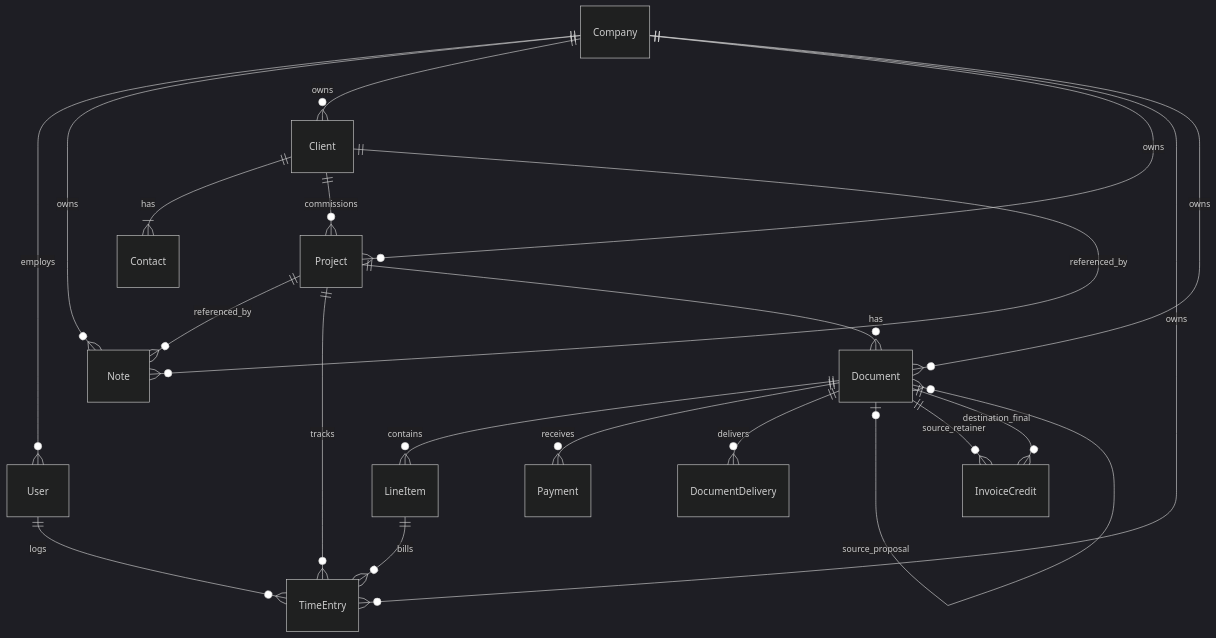
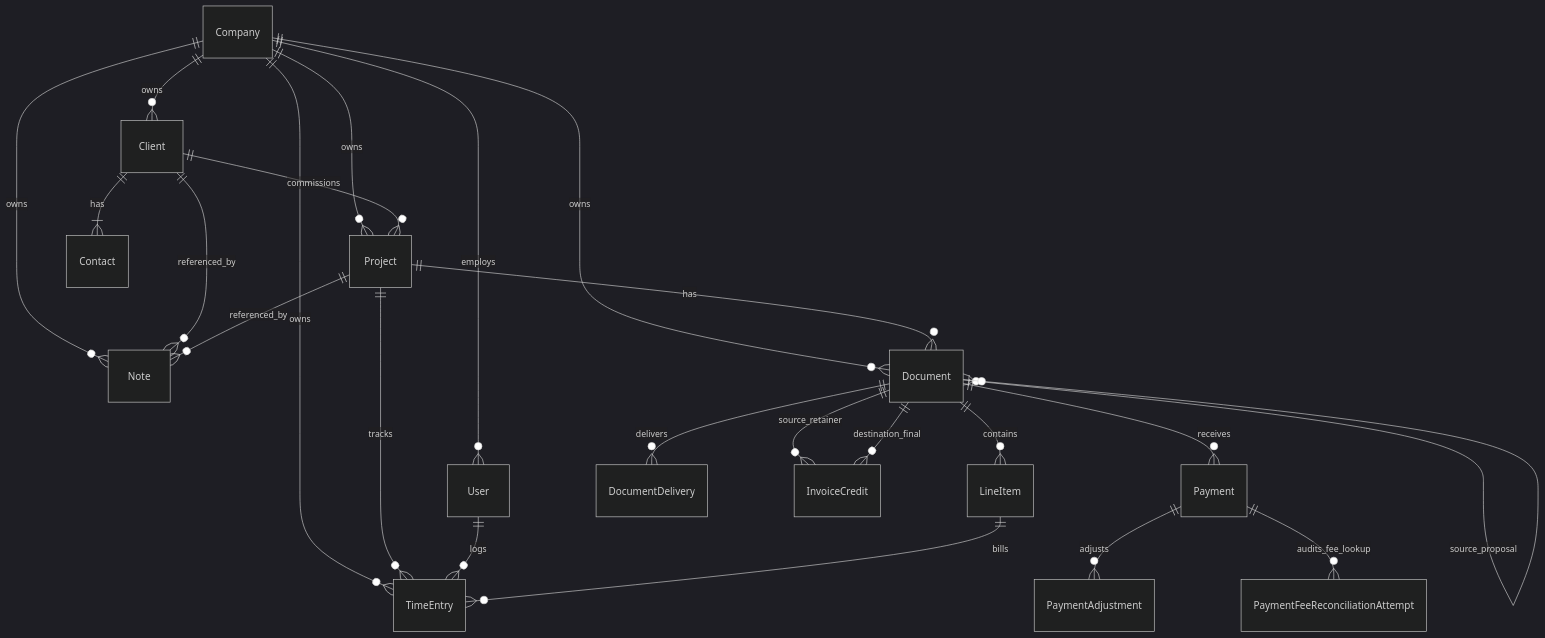
The diagram in docs/DATA_MODEL.md (mprovost129/ez360pm), drawn with Mermaid (dark theme) before and after one commit. The commit also changed other lines of this file and 34 other files, not shown here.

````diff
--- a/docs/DATA_MODEL.md
+++ b/docs/DATA_MODEL.md
@@ -8,26 +8,28 @@
 ```mermaid
 erDiagram
     Company ||--o{ User : employs
     Company ||--o{ Note : owns
     Company ||--o{ Client : owns
     Company ||--o{ Project : owns
     Company ||--o{ TimeEntry : owns
     Company ||--o{ Document : owns
 
     Client ||--|{ Contact : has
     Client ||--o{ Project : commissions
     Client ||--o{ Note : referenced_by
     Project ||--o{ Note : referenced_by
     Project ||--o{ TimeEntry : tracks
     User ||--o{ TimeEntry : logs
 
     Project ||--o{ Document : has
     Document ||--o{ LineItem : contains
     Document ||--o{ Payment : receives
+    Payment ||--o{ PaymentAdjustment : adjusts
+    Payment ||--o{ PaymentFeeReconciliationAttempt : audits_fee_lookup
     Document ||--o{ DocumentDelivery : delivers
     LineItem ||--o{ TimeEntry : bills
 
     Document o|--o{ Document : source_proposal
     Document ||--o{ InvoiceCredit : source_retainer
     Document ||--o{ InvoiceCredit : destination_final
 ```
````
